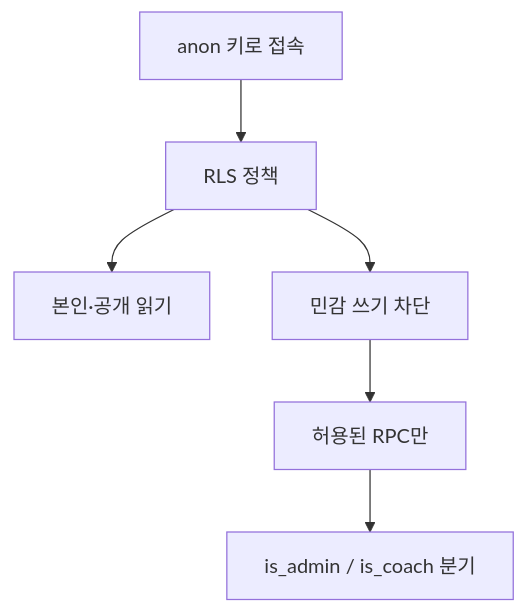
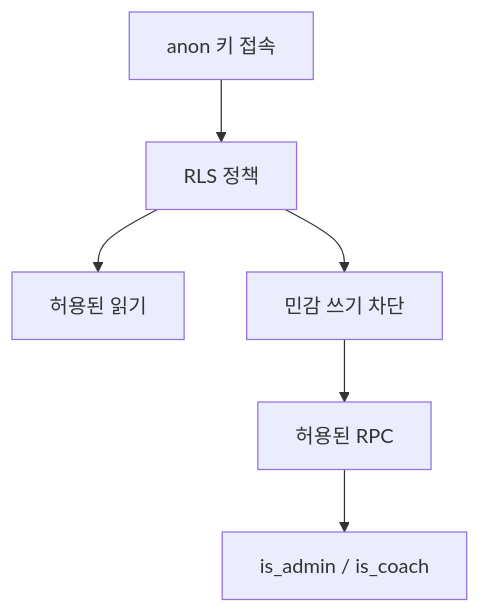
Before and after one commit to Jajungi/Dropsite: the eighth of 8 diagrams in docs/ARCHITECTURE.md, drawn with Mermaid. The commit also changed other lines of this file and 8 other files, not shown here.

````diff
--- a/docs/ARCHITECTURE.md
+++ b/docs/ARCHITECTURE.md
@@ -200,8 +205,8 @@
 ```mermaid
 flowchart TB
-  Anon[anon 키로 접속] --> RLS[RLS 정책]
-  RLS --> ReadOK[본인·공개 읽기]
+  Anon[anon 키 접속] --> RLS[RLS 정책]
+  RLS --> ReadOK[허용된 읽기]
   RLS --> WriteBlock[민감 쓰기 차단]
-  WriteBlock --> RPCOnly[허용된 RPC만]
-  RPCOnly --> AdminRPC[is_admin / is_coach 분기]
+  WriteBlock --> RPCOnly[허용된 RPC]
+  RPCOnly --> AdminRPC[is_admin / is_coach]
 ```
````
